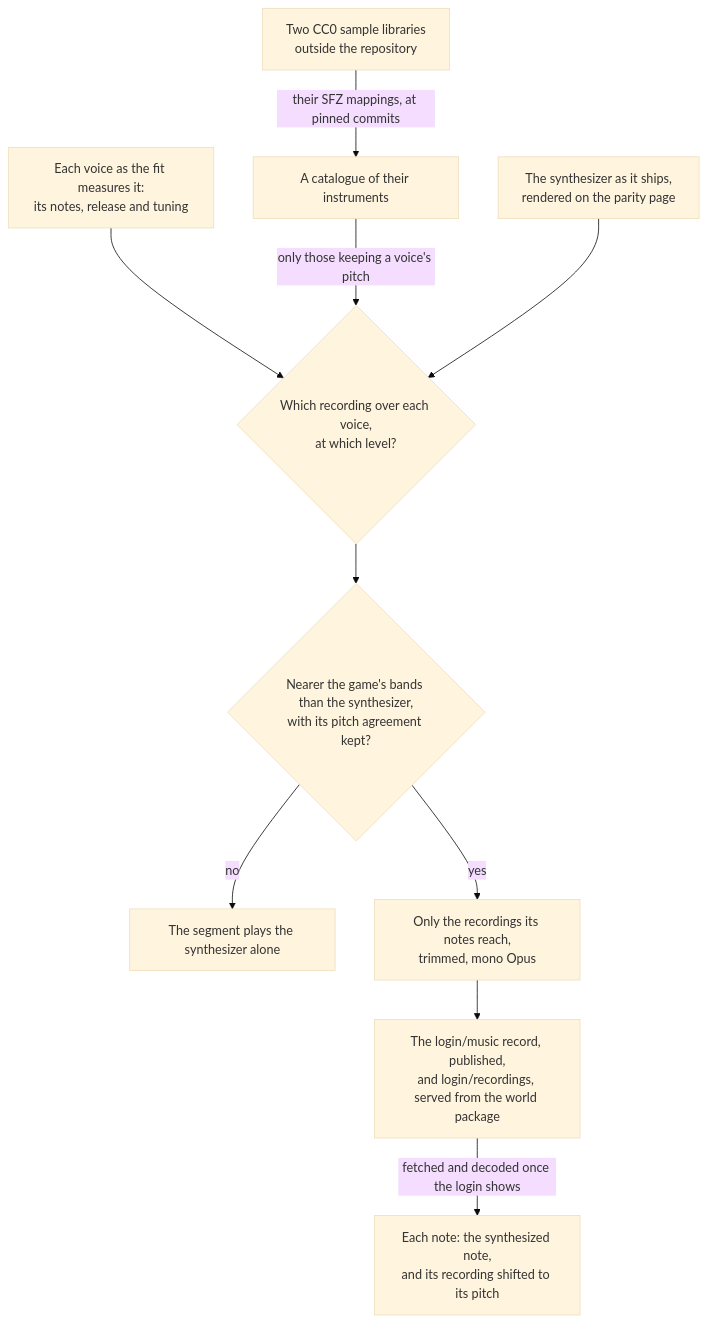
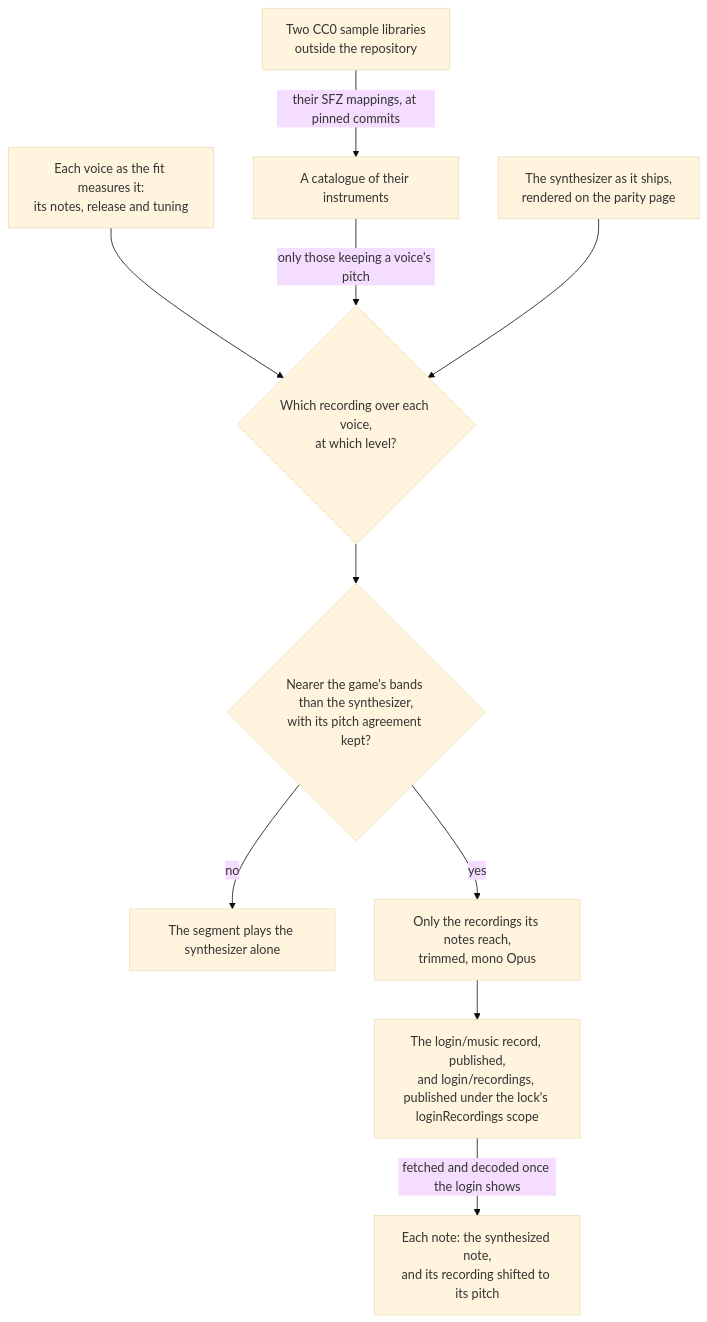
One commit to Esposter/Esposter changed the diagram in openspec/specs/genshin/sampled-instruments/design.md. Above: the diagram before and after it, drawn with Mermaid (base theme). The commit also changed other lines of this file and 43 other files, not shown here.

First line of the commit message:
feat(genshin): the login's music reads its recordings through the game data lock's loginRecordings scope, and the app no longer serves them from its own deploy

````diff
--- a/openspec/specs/genshin/sampled-instruments/design.md
+++ b/openspec/specs/genshin/sampled-instruments/design.md
@@ -7,12 +7,12 @@
 ```mermaid
 flowchart TD
   L["Two CC0 sample libraries<br/>outside the repository"] -->|"their SFZ mappings, at pinned commits"| C["A catalogue of their instruments"]
   F["Each voice as the fit measures it:<br/>its notes, release and tuning"] --> S{"Which recording over each voice,<br/>at which level?"}
   C -->|"only those keeping a voice's pitch"| S
   B["The synthesizer as it ships,<br/>rendered on the parity page"] --> S
   S --> T{"Nearer the game's bands than the synthesizer,<br/>with its pitch agreement kept?"}
   T -->|"no"| X["The segment plays the synthesizer alone"]
   T -->|"yes"| E["Only the recordings its notes reach,<br/>trimmed, mono Opus"]
-  E --> W["The login/music record, published,<br/>and login/recordings, served from the world package"]
+  E --> W["The login/music record, published,<br/>and login/recordings, published under the lock's loginRecordings scope"]
   W -->|"fetched and decoded once the login shows"| P["Each note: the synthesized note,<br/>and its recording shifted to its pitch"]
 ```
````
